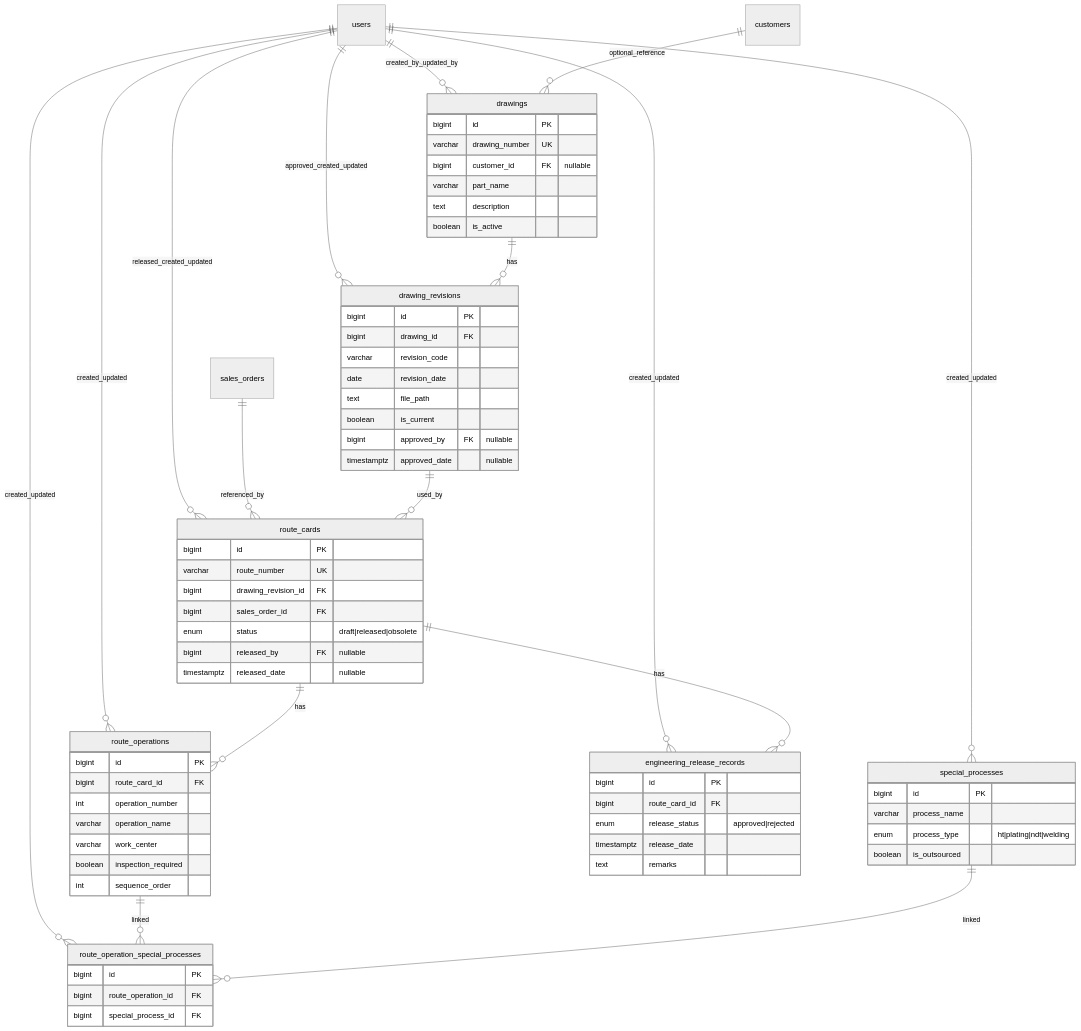
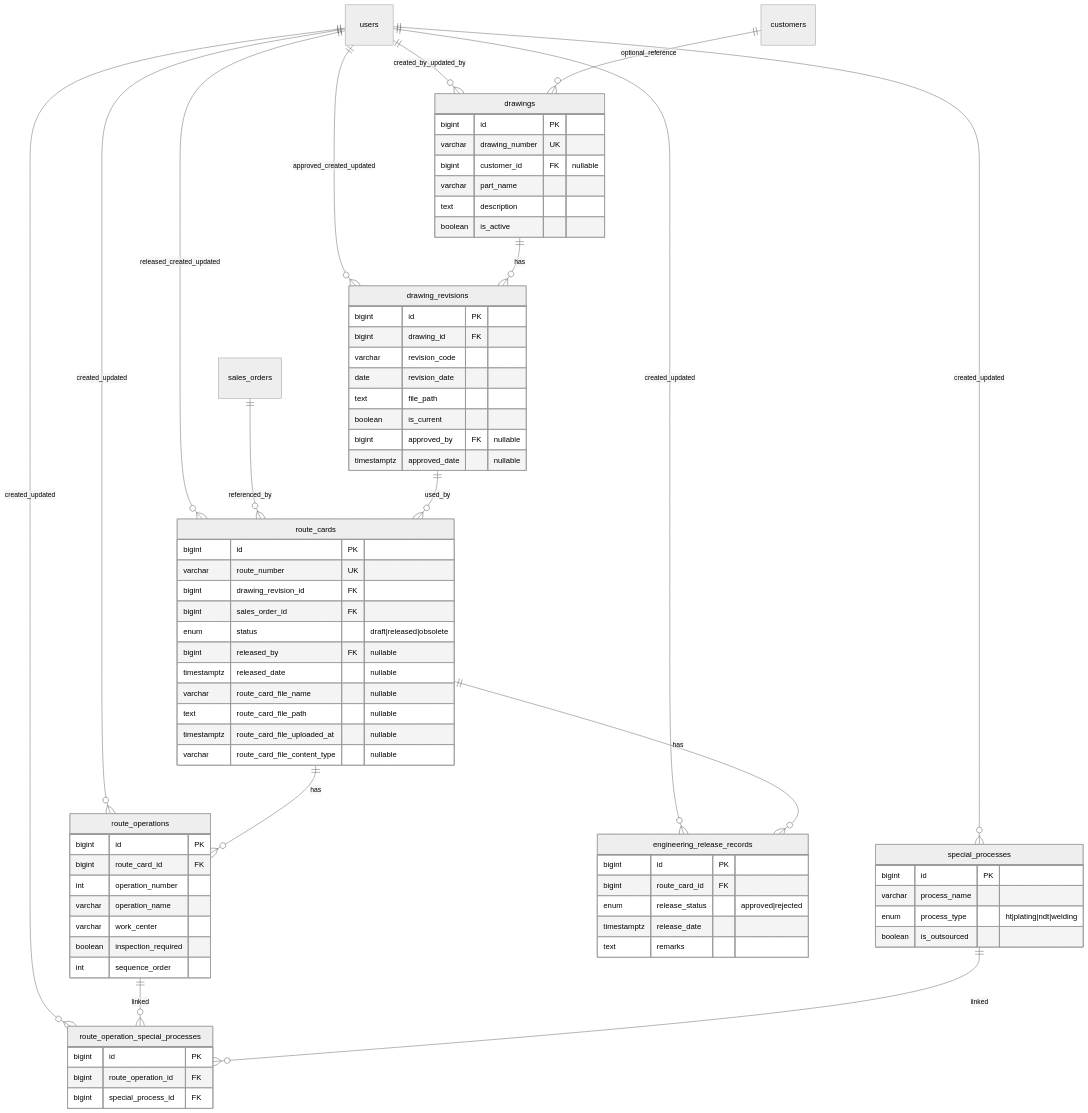
Before and after one commit to pruthvirajsourcecode925/ERP_Project: the diagram in docs/er-diagrams/engineering-erd.md, drawn with Mermaid (neutral theme). The commit also changed other lines of this file and 2 other files, not shown here.

Commit message:
store imported route card PDFs in dedicated folder

```diff
--- a/docs/er-diagrams/engineering-erd.md
+++ b/docs/er-diagrams/engineering-erd.md
@@ -51,6 +51,10 @@
         enum status "draft|released|obsolete"
         bigint released_by FK "nullable"
         timestamptz released_date "nullable"
+        varchar route_card_file_name "nullable"
+        text route_card_file_path "nullable"
+        timestamptz route_card_file_uploaded_at "nullable"
+        varchar route_card_file_content_type "nullable"
     }
 
     route_operations {
```
